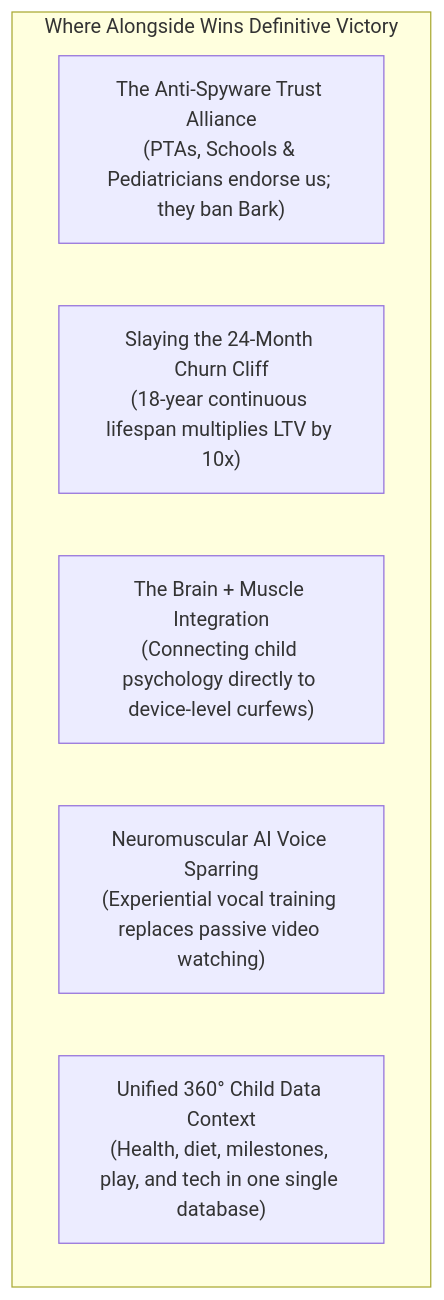
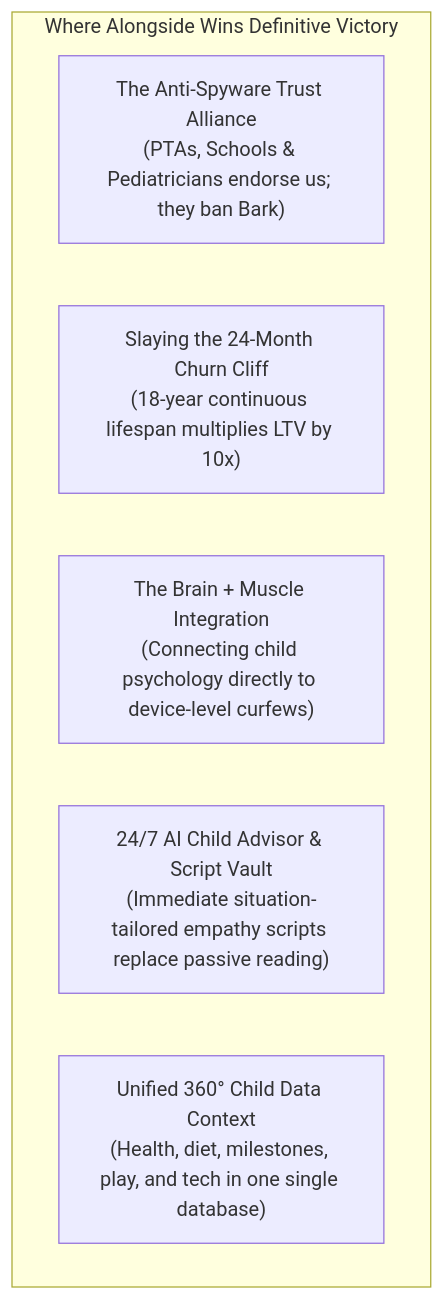
Before and after one commit to Souheil007/AlongSide: the second of 2 diagrams in docs/COMPETITIVE_ANALYSIS.md, drawn with Mermaid. The commit also changed other lines of this file and 38 other files, not shown here.

First line of the commit message:
refactor(advisor): remove voice sparring simulator and related components (#108)

````diff
--- a/docs/COMPETITIVE_ANALYSIS.md
+++ b/docs/COMPETITIVE_ANALYSIS.md
@@ -314,10 +314,10 @@
 ```mermaid
 flowchart TD
     subgraph Alongside_Moats["Where Alongside Wins Definitive Victory"]
         W1["The Anti-Spyware Trust Alliance<br/>(PTAs, Schools & Pediatricians endorse us; they ban Bark)"]
         W2["Slaying the 24-Month Churn Cliff<br/>(18-year continuous lifespan multiplies LTV by 10x)"]
         W3["The Brain + Muscle Integration<br/>(Connecting child psychology directly to device-level curfews)"]
-        W4["Neuromuscular AI Voice Sparring<br/>(Experiential vocal training replaces passive video watching)"]
+        W4["24/7 AI Child Advisor & Script Vault<br/>(Immediate situation-tailored empathy scripts replace passive reading)"]
         W5["Unified 360° Child Data Context<br/>(Health, diet, milestones, play, and tech in one single database)"]
     end
 ```
````
